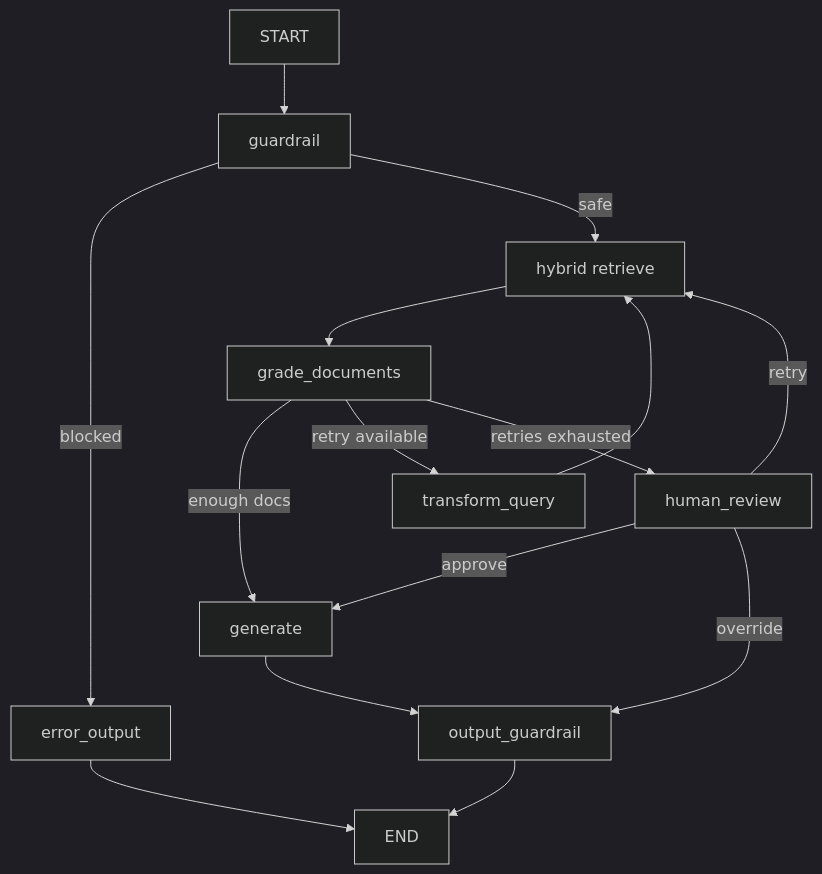
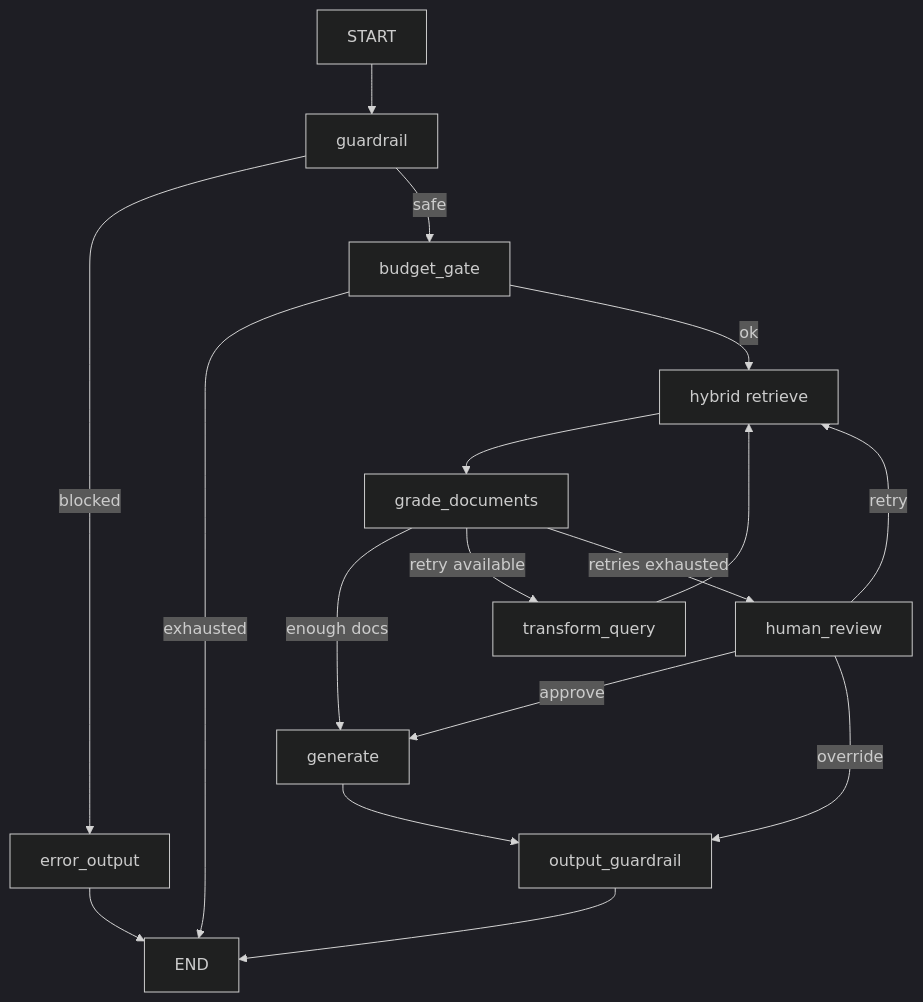
The diagram in README.md (kanderson-ai-dev/agentic-rag-system), drawn with Mermaid (dark theme) before and after one commit. The commit also changed other lines of this file and 24 other files, not shown here.

Commit message:
feat: daily budget gate and API rate limiting

````diff
--- a/README.md
+++ b/README.md
@@ -192,14 +192,16 @@
 ```mermaid
 graph TD
     START[START] --> guardrail[guardrail]
     guardrail -- blocked --> error_output[error_output] --> END[END]
-    guardrail -- safe --> retrieve[hybrid retrieve]
+    guardrail -- safe --> budget_gate[budget_gate]
+    budget_gate -- exhausted --> END
+    budget_gate -- ok --> retrieve[hybrid retrieve]
     retrieve --> grade[grade_documents]
     grade -- enough docs --> generate[generate]
     grade -- retry available --> transform[transform_query] --> retrieve
     grade -- retries exhausted --> review[human_review]
     review -- approve --> generate
     review -- retry --> retrieve
     review -- override --> output_guardrail[output_guardrail]
     generate --> output_guardrail --> END
 ```
````
